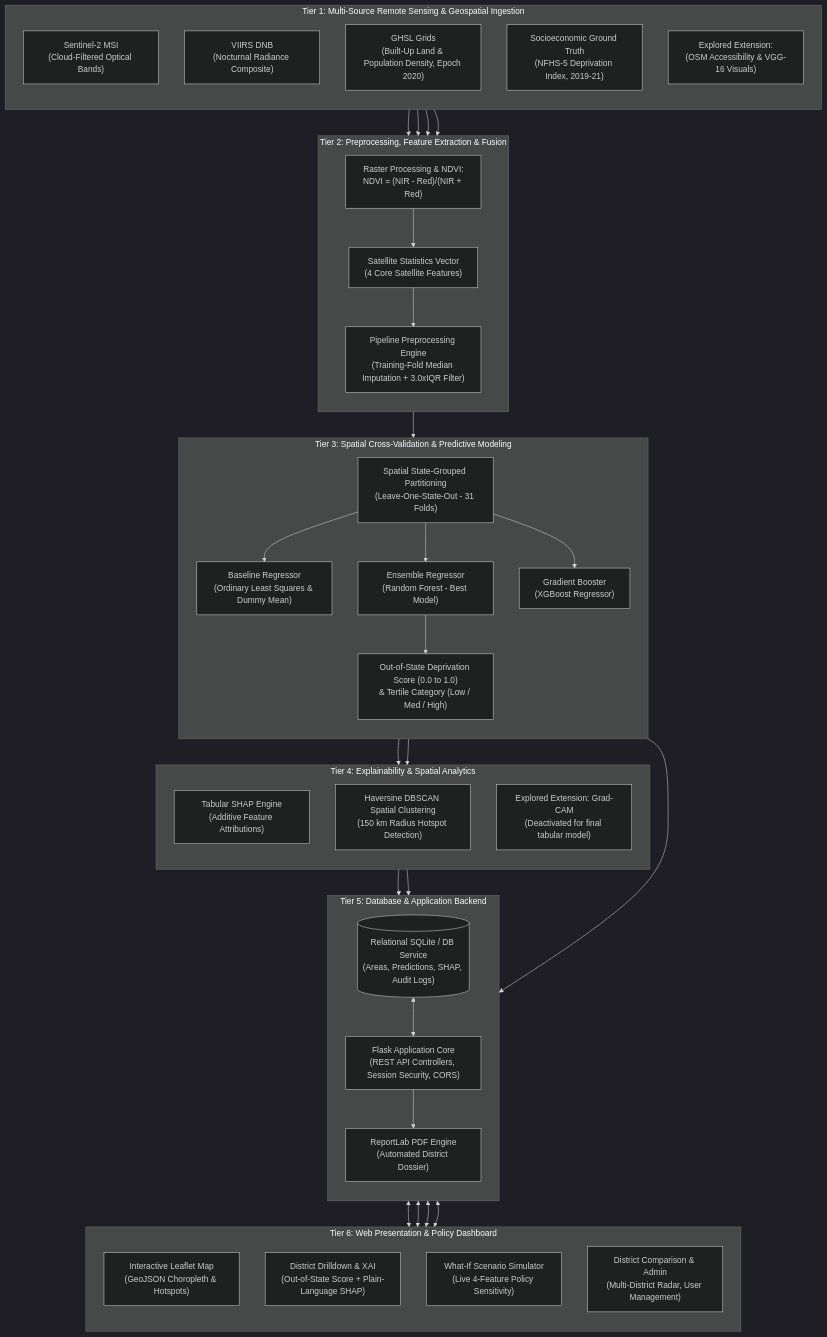
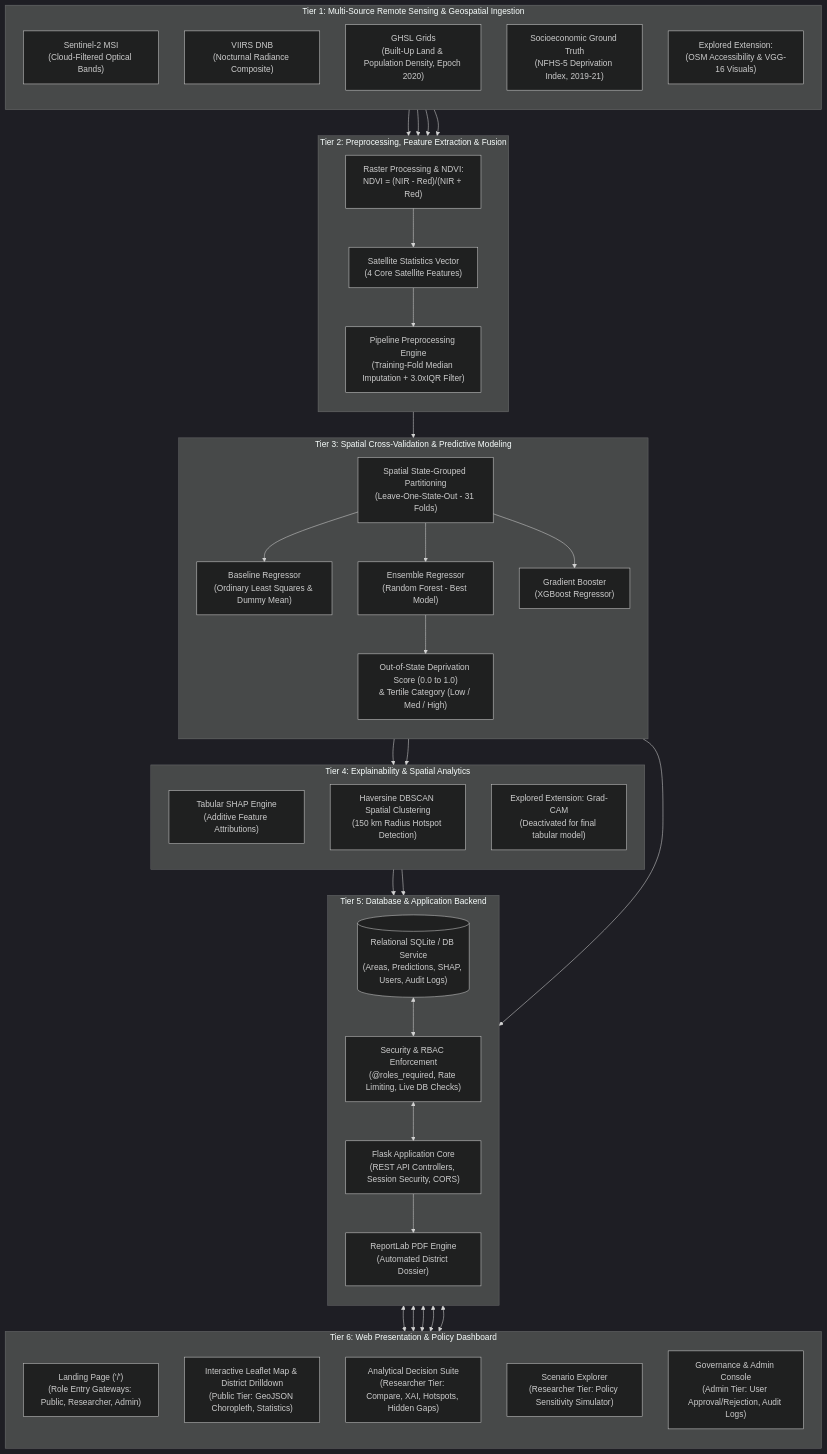
One commit to ditheshshettigar00-jpg/GeoPovertyAI changed the first of 2 diagrams in documentation/SYSTEM_ARCHITECTURE.md. Above: the diagram before and after it, drawn with Mermaid (dark theme). The commit also changed other lines of this file and 4 other files, not shown here.

````diff
--- a/documentation/SYSTEM_ARCHITECTURE.md
+++ b/documentation/SYSTEM_ARCHITECTURE.md
@@ -46,64 +46,67 @@
 ```mermaid
 flowchart TB
     subgraph S1["Tier 1: Multi-Source Remote Sensing & Geospatial Ingestion"]
         direction TB
         D1["Sentinel-2 MSI<br/>(Cloud-Filtered Optical Bands)"]
         D2["VIIRS DNB<br/>(Nocturnal Radiance Composite)"]
         D3["GHSL Grids<br/>(Built-Up Land & Population Density, Epoch 2020)"]
         D4["Socioeconomic Ground Truth<br/>(NFHS-5 Deprivation Index, 2019-21)"]
         D5["Explored Extension:<br/>(OSM Accessibility & VGG-16 Visuals)"]
     end
 
     subgraph S2["Tier 2: Preprocessing, Feature Extraction & Fusion"]
         direction TB
         P1["Raster Processing & NDVI:<br/>NDVI = (NIR - Red)/(NIR + Red)"]
         P2["Satellite Statistics Vector<br/>(4 Core Satellite Features)"]
         P3["Pipeline Preprocessing Engine<br/>(Training-Fold Median Imputation + 3.0xIQR Filter)"]
     end
 
     subgraph S3["Tier 3: Spatial Cross-Validation & Predictive Modeling"]
         direction TB
         M1["Spatial State-Grouped Partitioning<br/>(Leave-One-State-Out - 31 Folds)"]
         M2["Baseline Regressor<br/>(Ordinary Least Squares & Dummy Mean)"]
         M3["Ensemble Regressor<br/>(Random Forest - Best Model)"]
         M4["Gradient Booster<br/>(XGBoost Regressor)"]
         M5["Out-of-State Deprivation Score (0.0 to 1.0)<br/>& Tertile Category (Low / Med / High)"]
     end
 
     subgraph S4["Tier 4: Explainability & Spatial Analytics"]
         direction TB
         X1["Tabular SHAP Engine<br/>(Additive Feature Attributions)"]
         X2["Haversine DBSCAN Spatial Clustering<br/>(150 km Radius Hotspot Detection)"]
         X3["Explored Extension: Grad-CAM<br/>(Deactivated for final tabular model)"]
     end
 
     subgraph S5["Tier 5: Database & Application Backend"]
         direction TB
-        DB[("Relational SQLite / DB Service<br/>(Areas, Predictions, SHAP, Audit Logs)")]
+        DB[("Relational SQLite / DB Service<br/>(Areas, Predictions, SHAP, Users, Audit Logs)")]
+        AUTH["Security & RBAC Enforcement<br/>(@roles_required, Rate Limiting, Live DB Checks)"]
         APP["Flask Application Core<br/>(REST API Controllers, Session Security, CORS)"]
         REP["ReportLab PDF Engine<br/>(Automated District Dossier)"]
     end
 
     subgraph S6["Tier 6: Web Presentation & Policy Dashboard"]
         direction TB
-        UI1["Interactive Leaflet Map<br/>(GeoJSON Choropleth & Hotspots)"]
-        UI2["District Drilldown & XAI<br/>(Out-of-State Score + Plain-Language SHAP)"]
-        UI3["What-If Scenario Simulator<br/>(Live 4-Feature Policy Sensitivity)"]
-        UI4["District Comparison & Admin<br/>(Multi-District Radar, User Management)"]
+        LAND["Landing Page ('/')<br/>(Role Entry Gateways: Public, Researcher, Admin)"]
+        UI1["Interactive Leaflet Map & District Drilldown<br/>(Public Tier: GeoJSON Choropleth, Statistics)"]
+        UI2["Analytical Decision Suite<br/>(Researcher Tier: Compare, XAI, Hotspots, Hidden Gaps)"]
+        UI3["Scenario Explorer<br/>(Researcher Tier: Policy Sensitivity Simulator)"]
+        UI4["Governance & Admin Console<br/>(Admin Tier: User Approval/Rejection, Audit Logs)"]
     end
 
     %% Data flow connections
     D1 --> P1
     D2 & D3 --> P2
     P1 --> P2
     D4 --> P3
     P2 --> P3
     P3 --> M1
     M1 --> M2 & M3 & M4
     M3 --> M5
     M5 --> X1 & X2
     M5 & X1 & X2 --> DB
-    DB <--> APP
+    DB <--> AUTH
+    AUTH <--> APP
     APP --> REP
-    APP <--> UI1 & UI2 & UI3 & UI4
+    APP <--> LAND & UI1 & UI2 & UI3 & UI4
 ```
````
